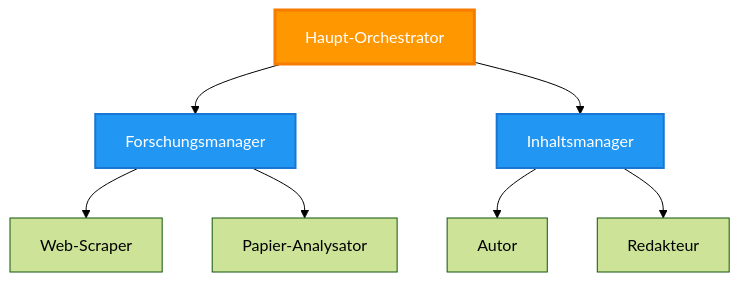
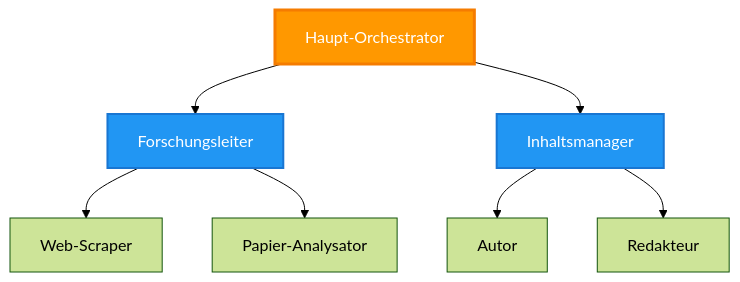
Before and after one commit to microsoft/AZD-for-beginners: the second of 5 diagrams in translations/de/docs/chapter-06-pre-deployment/coordination-patterns.md, drawn with Mermaid (forest theme). The commit also changed other lines of this file and 101 other files, not shown here.

````diff
--- a/translations/de/docs/chapter-06-pre-deployment/coordination-patterns.md
+++ b/translations/de/docs/chapter-06-pre-deployment/coordination-patterns.md
@@ -150,21 +143,21 @@
 ```mermaid
 graph TB
     Master[Haupt-Orchestrator]
-    Manager1[Forschungsmanager]
+    Manager1[Forschungsleiter]
     Manager2[Inhaltsmanager]
     W1[Web-Scraper]
     W2[Papier-Analysator]
     W3[Autor]
     W4[Redakteur]
     
     Master --> Manager1
     Master --> Manager2
     Manager1 --> W1
     Manager1 --> W2
     Manager2 --> W3
     Manager2 --> W4
     
     style Master fill:#FF9800,stroke:#F57C00,stroke-width:3px,color:#fff
     style Manager1 fill:#2196F3,stroke:#1976D2,stroke-width:2px,color:#fff
     style Manager2 fill:#2196F3,stroke:#1976D2,stroke-width:2px,color:#fff
 ```
````
